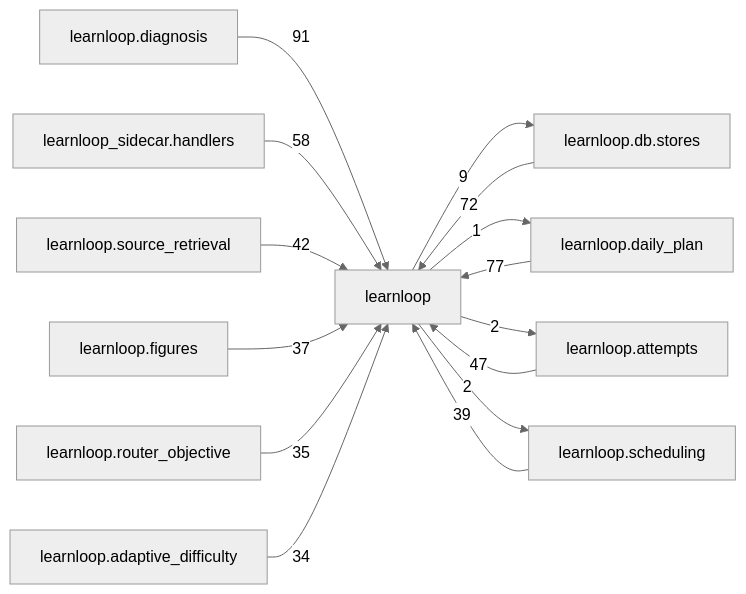
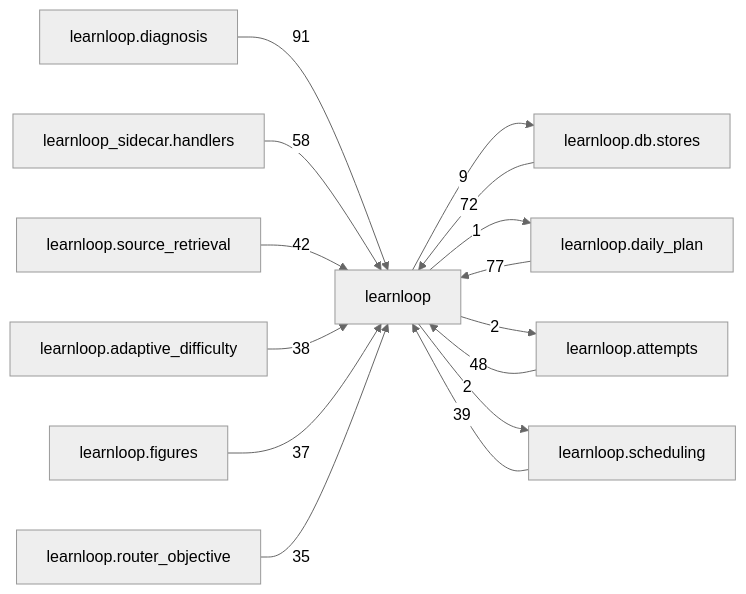
One commit to 6up-b/learnanything changed the diagram in docs/learnloop-architecture-vault/Reference/Modules/learnloop/_package.md. Above: the diagram before and after it, drawn with Mermaid (neutral theme). The commit also changed other lines of this file and 81 other files, not shown here.

````diff
--- a/docs/learnloop-architecture-vault/Reference/Modules/learnloop/_package.md
+++ b/docs/learnloop-architecture-vault/Reference/Modules/learnloop/_package.md
@@ -275,28 +275,28 @@
 ```mermaid
 flowchart LR
     center["learnloop"]
     n_learnloop_diagnosis["learnloop.diagnosis"]
     n_learnloop_db_stores["learnloop.db.stores"]
     n_learnloop_daily_plan["learnloop.daily_plan"]
     n_learnloop_sidecar_handlers["learnloop_sidecar.handlers"]
     n_learnloop_attempts["learnloop.attempts"]
     n_learnloop_source_retrieval["learnloop.source_retrieval"]
     n_learnloop_scheduling["learnloop.scheduling"]
+    n_learnloop_adaptive_difficulty["learnloop.adaptive_difficulty"]
     n_learnloop_figures["learnloop.figures"]
     n_learnloop_router_objective["learnloop.router_objective"]
-    n_learnloop_adaptive_difficulty["learnloop.adaptive_difficulty"]
     n_learnloop_diagnosis -->|91| center
     n_learnloop_db_stores -->|72| center
     center -->|9| n_learnloop_db_stores
     n_learnloop_daily_plan -->|77| center
     center -->|1| n_learnloop_daily_plan
     n_learnloop_sidecar_handlers -->|58| center
-    n_learnloop_attempts -->|47| center
+    n_learnloop_attempts -->|48| center
     center -->|2| n_learnloop_attempts
     n_learnloop_source_retrieval -->|42| center
     n_learnloop_scheduling -->|39| center
     center -->|2| n_learnloop_scheduling
+    n_learnloop_adaptive_difficulty -->|38| center
     n_learnloop_figures -->|37| center
     n_learnloop_router_objective -->|35| center
-    n_learnloop_adaptive_difficulty -->|34| center
 ```
````
